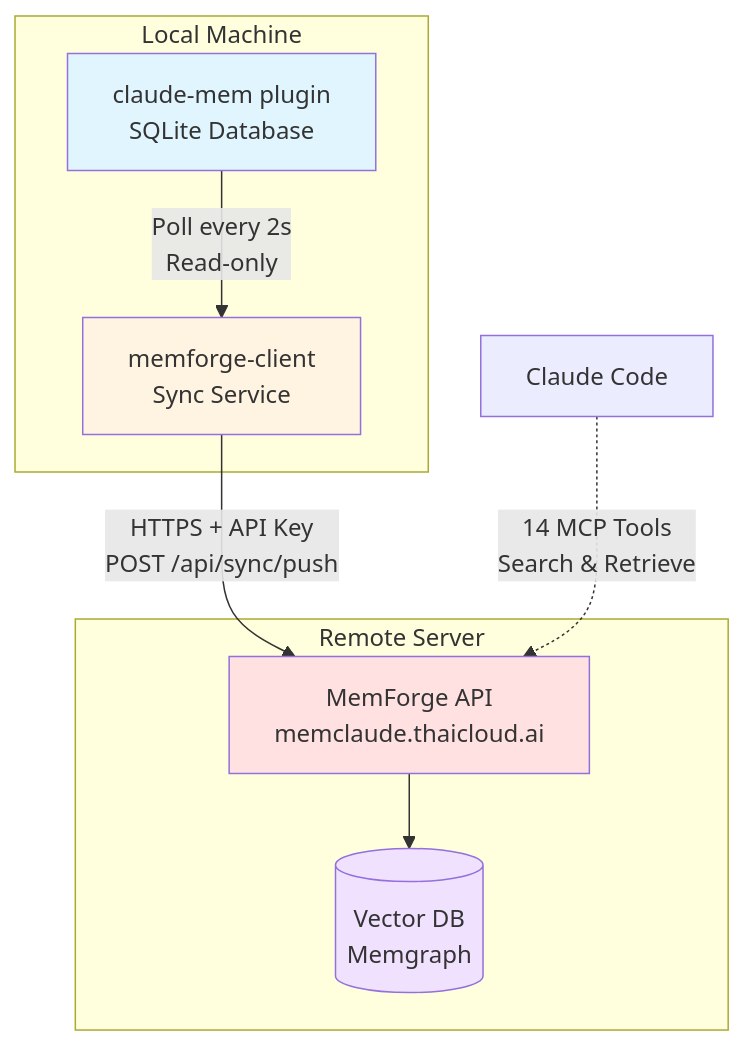
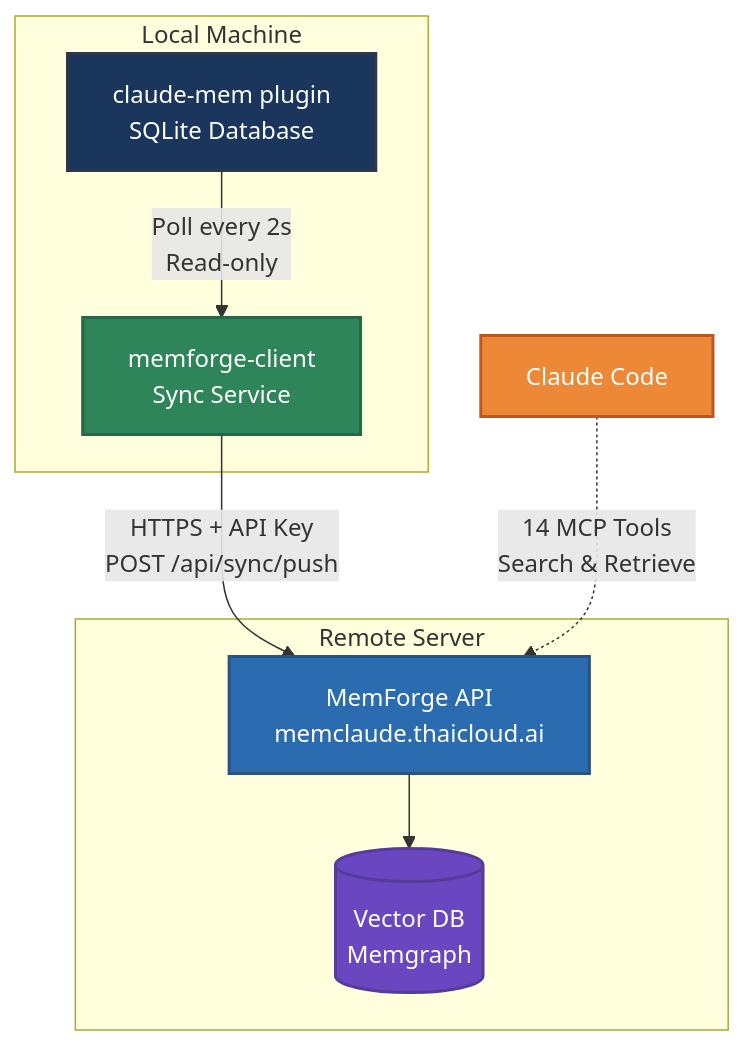
The first of 2 diagrams in README.md (pitimon/c-memforge), drawn with Mermaid before and after one commit. The commit also changed other lines of this file, not shown here.

First line of the commit message:
docs: enhance architecture diagrams with professional colors and detailed flow

````diff
--- a/README.md
+++ b/README.md
@@ -164,23 +166,24 @@
 ```mermaid
 graph TB
     subgraph "Local Machine"
         CM[claude-mem plugin<br/>SQLite Database]
         MFC[memforge-client<br/>Sync Service]
     end
 
     subgraph "Remote Server"
         API[MemForge API<br/>memclaude.thaicloud.ai]
         VDB[(Vector DB<br/>Memgraph)]
     end
 
     CM -->|Poll every 2s<br/>Read-only| MFC
     MFC -->|HTTPS + API Key<br/>POST /api/sync/push| API
     API --> VDB
 
     User[Claude Code] -.->|14 MCP Tools<br/>Search & Retrieve| API
 
-    style CM fill:#e1f5ff
-    style MFC fill:#fff4e1
-    style API fill:#ffe1e1
-    style VDB fill:#f0e1ff
+    style CM fill:#1a365d,stroke:#2d3748,stroke-width:2px,color:#fff
+    style MFC fill:#2f855a,stroke:#276749,stroke-width:2px,color:#fff
+    style API fill:#2b6cb0,stroke:#2c5282,stroke-width:2px,color:#fff
+    style VDB fill:#6b46c1,stroke:#553c9a,stroke-width:2px,color:#fff
+    style User fill:#ed8936,stroke:#c05621,stroke-width:2px,color:#fff
 ```
````
